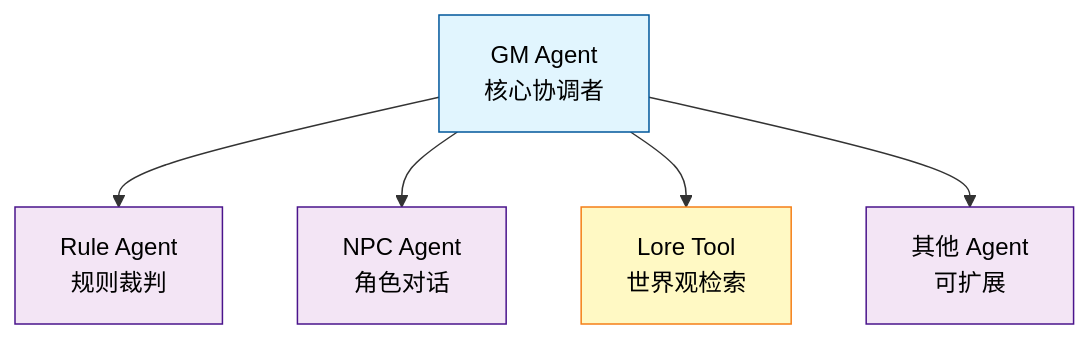
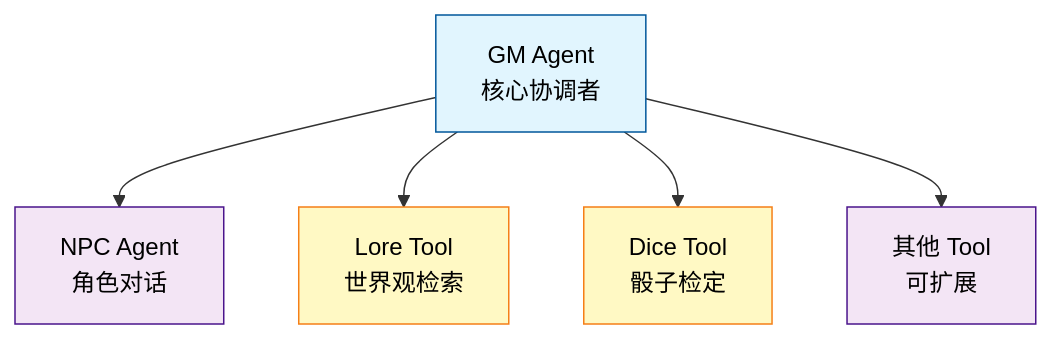
The first of 2 diagrams in README.md (Rene-Zhou/Astinus), drawn with Mermaid before and after one commit. The commit also changed other lines of this file and 139 other files, not shown here.

````diff
--- a/README.md
+++ b/README.md
@@ -182,13 +175,13 @@
 ```mermaid
 graph TD
-    GM[GM Agent<br/>核心协调者] --> R[Rule Agent<br/>规则裁判]
-    GM --> N[NPC Agent<br/>角色对话]
+    GM[GM Agent<br/>核心协调者] --> N[NPC Agent<br/>角色对话]
     GM --> L[Lore Tool<br/>世界观检索]
-    GM --> O[其他 Agent<br/>可扩展]
+    GM --> D[Dice Tool<br/>骰子检定]
+    GM --> O[其他 Tool<br/>可扩展]
 
     style GM fill:#e1f5fe,stroke:#01579b,color:#000000
-    style R fill:#f3e5f5,stroke:#4a148c,color:#000000
     style N fill:#f3e5f5,stroke:#4a148c,color:#000000
     style L fill:#fff9c4,stroke:#f57f17,color:#000000
+    style D fill:#fff9c4,stroke:#f57f17,color:#000000
     style O fill:#f3e5f5,stroke:#4a148c,color:#000000
 ```
````
